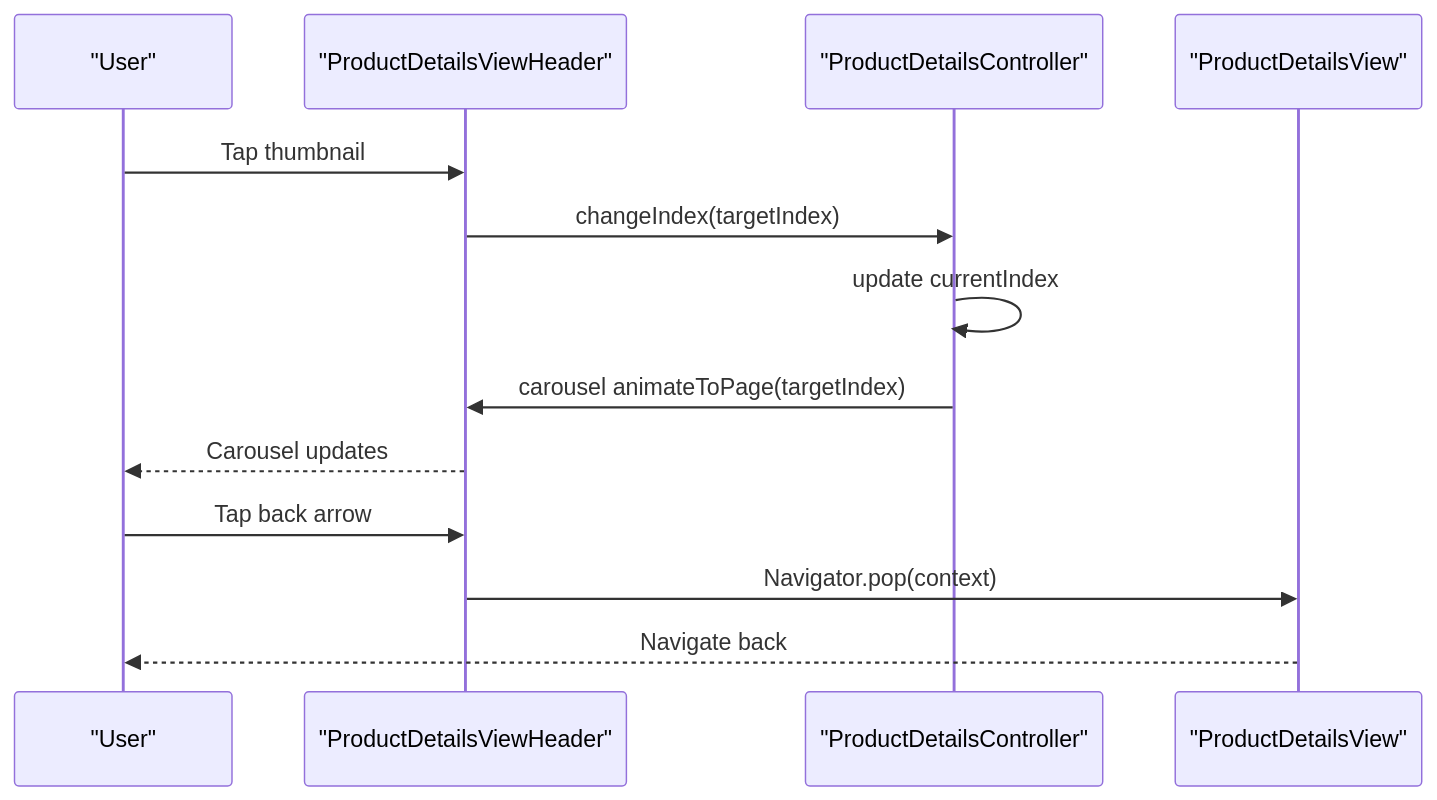
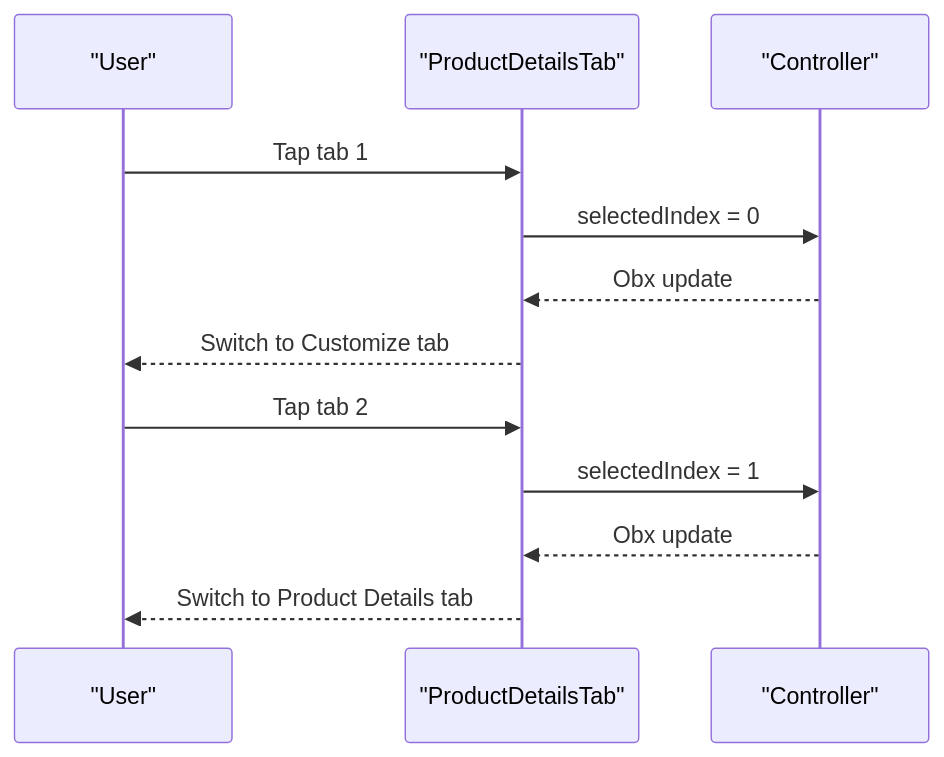
Before and after one commit to Ariful3111/FurniGo: the fourth of 6 diagrams in .qoder/repowiki/en/content/Core Features/E-commerce Platform/Product Details and Information.md, drawn with Mermaid. The commit also changed other lines of this file and 11 other files, not shown here.

````diff
--- a/.qoder/repowiki/en/content/Core Features/E-commerce Platform/Product Details and Information.md
+++ b/.qoder/repowiki/en/content/Core Features/E-commerce Platform/Product Details and Information.md
@@ -214,15 +321,14 @@
 ```mermaid
 sequenceDiagram
 participant U as "User"
-participant Header as "ProductDetailsViewHeader"
-participant Controller as "ProductDetailsController"
-participant View as "ProductDetailsView"
-U->>Header : Tap thumbnail
-Header->>Controller : changeIndex(targetIndex)
-Controller->>Controller : update currentIndex
-Controller->>Header : carousel animateToPage(targetIndex)
-Header-->>U : Carousel updates
-U->>Header : Tap back arrow
-Header->>View : Navigator.pop(context)
-View-->>U : Navigate back
+participant T as "ProductDetailsTab"
+participant C as "Controller"
+U->>T : Tap tab 1
+T->>C : selectedIndex = 0
+C-->>T : Obx update
+T-->>U : Switch to Customize tab
+U->>T : Tap tab 2
+T->>C : selectedIndex = 1
+C-->>T : Obx update
+T-->>U : Switch to Product Details tab
 ```
````
